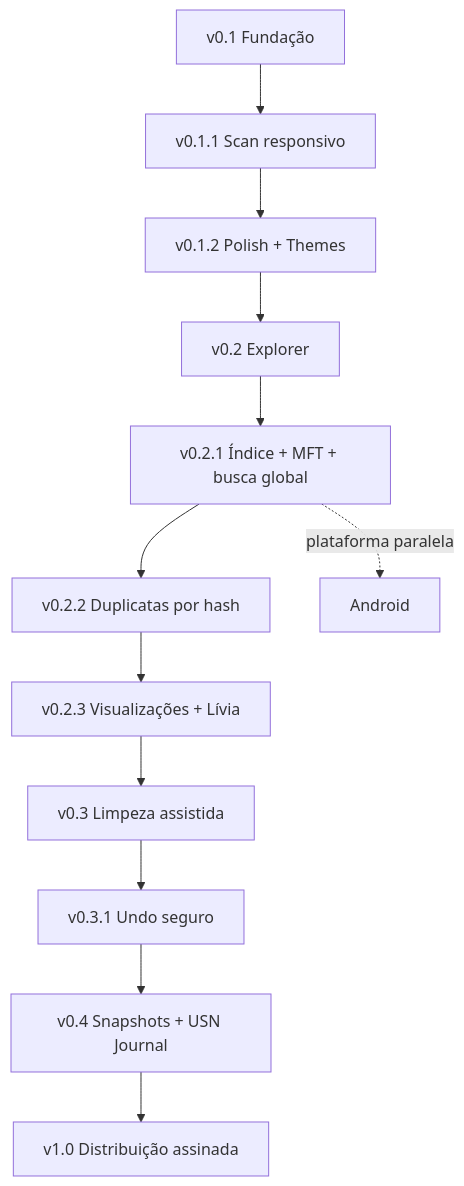
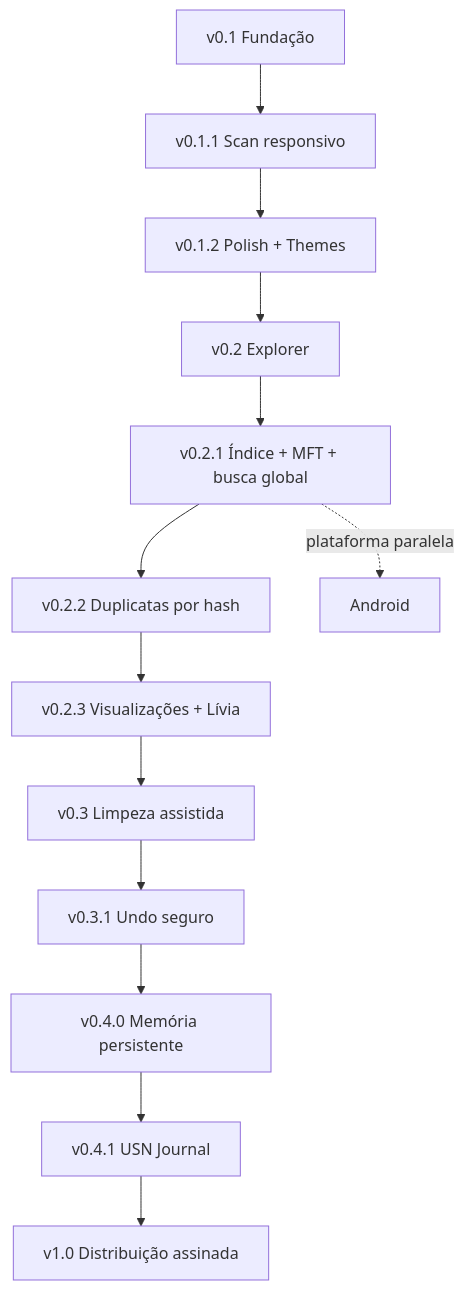
Before and after one commit to tombemol/L.I.V.I.A: the eighth of 8 diagrams in README.md, drawn with Mermaid. The commit also changed other lines of this file and 10 other files, not shown here.

First line of the commit message:
feat: L.I.V.I.A. v0.4.0 — memória persistente + snapshots

````diff
--- a/README.md
+++ b/README.md
@@ -362,14 +396,15 @@
 ```mermaid
 flowchart TD
     A[v0.1 Fundação] --> B[v0.1.1 Scan responsivo]
     B --> C[v0.1.2 Polish + Themes]
     C --> D[v0.2 Explorer]
     D --> E[v0.2.1 Índice + MFT + busca global]
     E --> F[v0.2.2 Duplicatas por hash]
     F --> V[v0.2.3 Visualizações + Lívia]
     V --> G[v0.3 Limpeza assistida]
     G --> U[v0.3.1 Undo seguro]
-    U --> H[v0.4 Snapshots + USN Journal]
+    U --> M[v0.4.0 Memória persistente]
+    M --> H[v0.4.1 USN Journal]
     H --> I[v1.0 Distribuição assinada]
     E -. plataforma paralela .-> J[Android]
 ```
````
